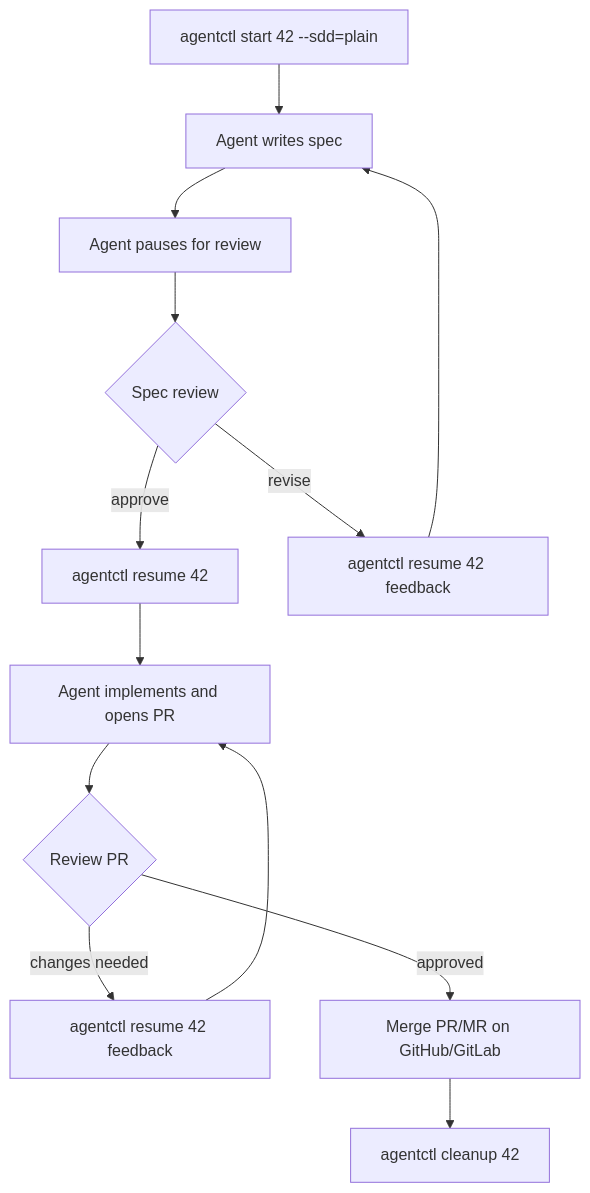
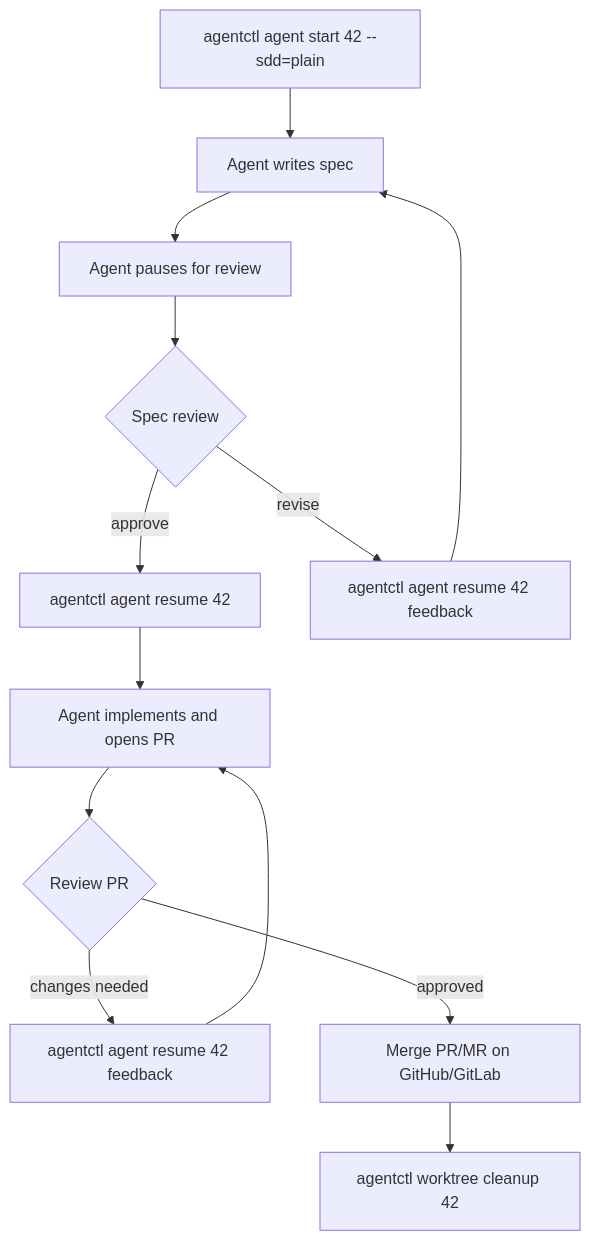
Before and after one commit to arun-gupta/agentctl: the fourth of 4 diagrams in docs/cli.md, drawn with Mermaid. The commit also changed other lines of this file and 4 other files, not shown here.

````diff
--- a/docs/cli.md
+++ b/docs/cli.md
@@ -156,15 +155,15 @@
 ```mermaid
 flowchart TD
-    A[agentctl start 42 --sdd=plain] --> B[Agent writes spec]
+    A[agentctl agent start 42 --sdd=plain] --> B[Agent writes spec]
     B --> C[Agent pauses for review]
     C --> D{Spec review}
-    D -- approve --> E[agentctl resume 42]
-    D -- revise --> F[agentctl resume 42 feedback]
+    D -- approve --> E[agentctl agent resume 42]
+    D -- revise --> F[agentctl agent resume 42 feedback]
     F --> B
     E --> G[Agent implements and opens PR]
     G --> H{Review PR}
-    H -- changes needed --> I[agentctl resume 42 feedback]
+    H -- changes needed --> I[agentctl agent resume 42 feedback]
     I --> G
     H -- approved --> J[Merge PR/MR on GitHub/GitLab]
-    J --> K[agentctl cleanup 42]
+    J --> K[agentctl worktree cleanup 42]
 ```
````
